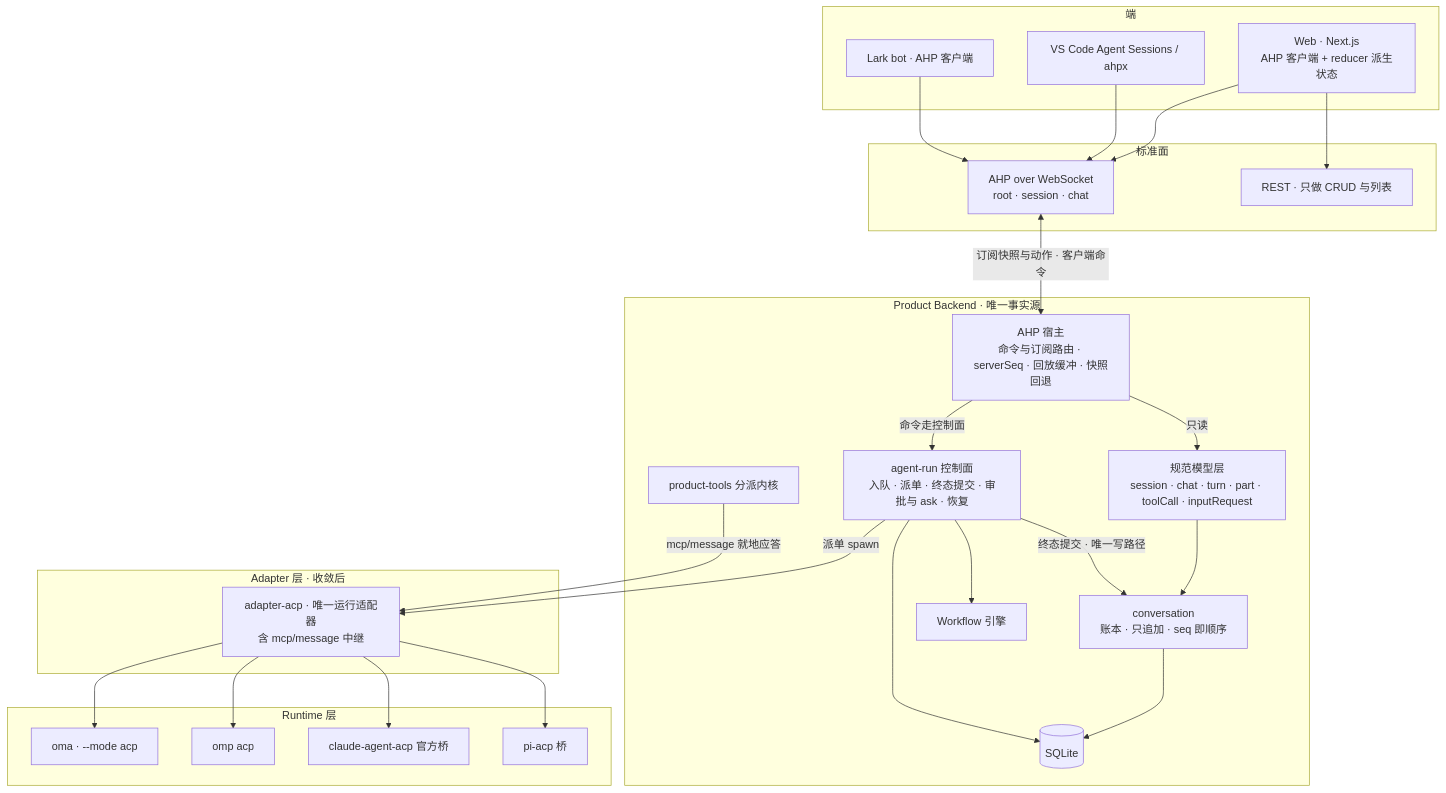
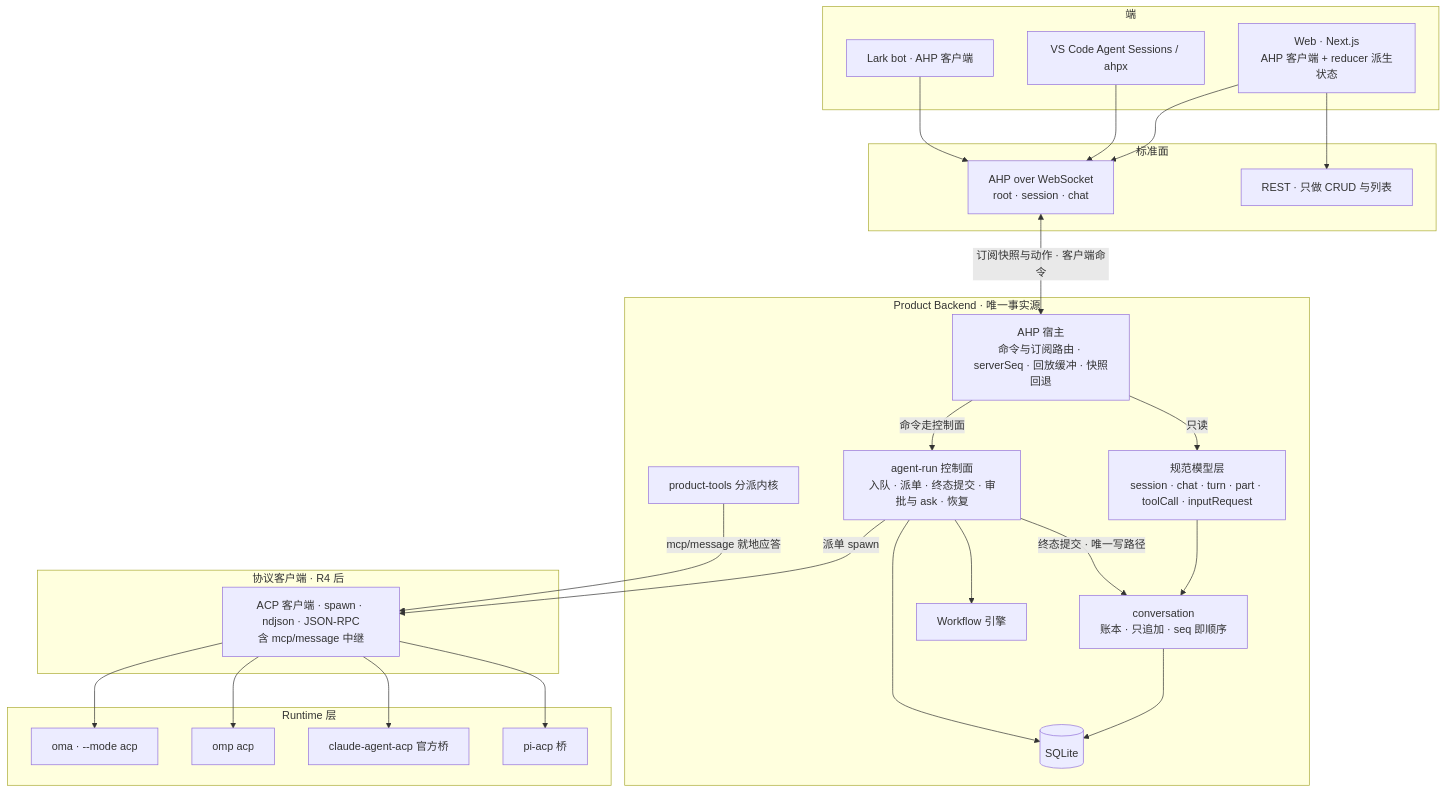
Before and after one commit to Chengchcc/my-agent-team: the first of 2 diagrams in docs/adr/0040-run-contract-acp-surface-contract-ahp.md, drawn with Mermaid. The commit also changed other lines of this file, not shown here.

First line of the commit message:
docs(docs): ADR 0040 decision 8 - invert the run axis onto ACP

````diff
--- a/docs/adr/0040-run-contract-acp-surface-contract-ahp.md
+++ b/docs/adr/0040-run-contract-acp-surface-contract-ahp.md
@@ -78,53 +94,53 @@
 ```mermaid
 flowchart TB
   subgraph SURF["端"]
     WEB["Web · Next.js<br/>AHP 客户端 + reducer 派生状态"]
     VS["VS Code Agent Sessions / ahpx"]
     LARK["Lark bot · AHP 客户端"]
   end
 
   subgraph WIRE["标准面"]
     AHPW["AHP over WebSocket<br/>root · session · chat"]
     RESTW["REST · 只做 CRUD 与列表"]
   end
 
   subgraph BE["Product Backend · 唯一事实源"]
     AHPS["AHP 宿主<br/>命令与订阅路由 · serverSeq · 回放缓冲 · 快照回退"]
     CAN["规范模型层<br/>session · chat · turn · part · toolCall · inputRequest"]
     CONV["conversation<br/>账本 · 只追加 · seq 即顺序"]
     RUN["agent-run 控制面<br/>入队 · 派单 · 终态提交 · 审批与 ask · 恢复"]
     WF["Workflow 引擎"]
     PT["product-tools 分派内核"]
     DB[("SQLite")]
   end
 
-  subgraph AD["Adapter 层 · 收敛后"]
-    AAC["adapter-acp · 唯一运行适配器<br/>含 mcp/message 中继"]
+  subgraph AD["协议客户端 · R4 后"]
+    AAC["ACP 客户端 · spawn · ndjson · JSON-RPC<br/>含 mcp/message 中继"]
   end
 
   subgraph RT["Runtime 层"]
     OACP["oma · --mode acp"]
     OMP["omp acp"]
     CCB["claude-agent-acp 官方桥"]
     PIB["pi-acp 桥"]
   end
 
   WEB --> AHPW
   WEB --> RESTW
   VS --> AHPW
   LARK --> AHPW
   AHPW <-->|订阅快照与动作 · 客户端命令| AHPS
   AHPS -->|命令走控制面| RUN
   AHPS -->|只读| CAN
   CAN --> CONV
   RUN -->|终态提交 · 唯一写路径| CONV
   RUN --> WF
   RUN -->|派单 spawn| AAC
   AAC --> OACP
   AAC --> OMP
   AAC --> CCB
   AAC --> PIB
   PT -->|mcp/message 就地应答| AAC
   CONV --> DB
   RUN --> DB
 ```
````
